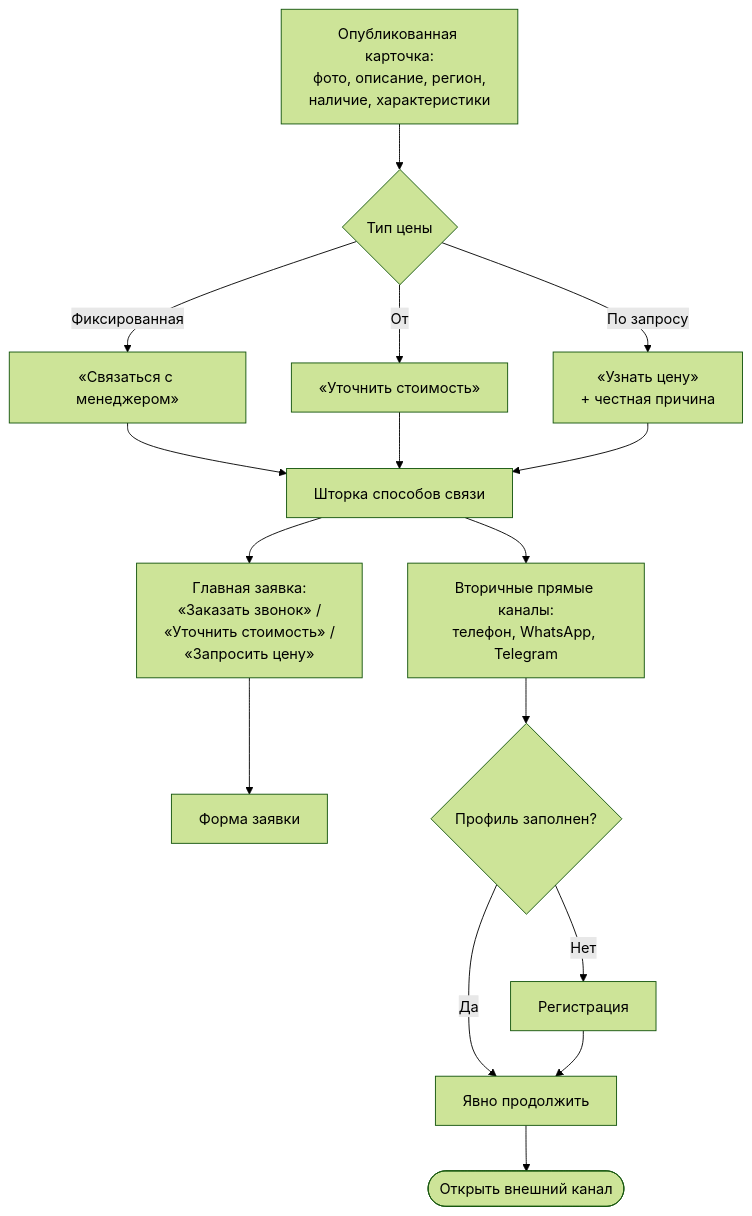
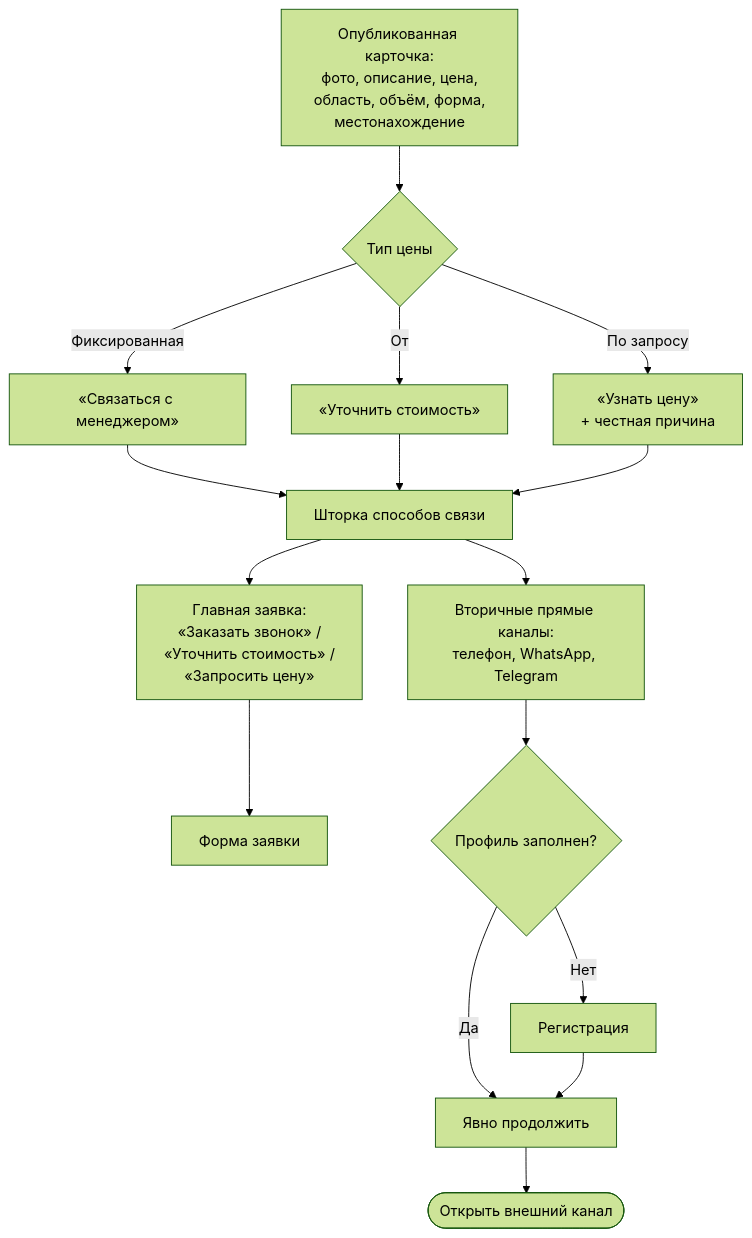
Before and after one commit to bullbashechka/AgroMarketKZ: the second of 4 diagrams in USER_FLOW.md, drawn with Mermaid (forest theme). The commit also changed other lines of this file and 46 other files, not shown here.

````diff
--- a/USER_FLOW.md
+++ b/USER_FLOW.md
@@ -37,18 +37,18 @@
 ```mermaid
 flowchart TD
-Card[Опубликованная карточка:<br/>фото, описание, регион,<br/>наличие, характеристики] --> Price{Тип цены}
+Card[Опубликованная карточка:<br/>фото, описание, цена,<br/>область, объём, форма,<br/>местонахождение] --> Price{Тип цены}
 Price -->|Фиксированная| Fixed[«Связаться с менеджером»]
 Price -->|От| From[«Уточнить стоимость»]
 Price -->|По запросу| Ask[«Узнать цену»<br/>+ честная причина]
 Fixed --> Sheet[Шторка способов связи]
 From --> Sheet
 Ask --> Sheet
 Sheet --> Primary[Главная заявка:<br/>«Заказать звонок» /<br/>«Уточнить стоимость» /<br/>«Запросить цену»]
 Sheet --> Direct[Вторичные прямые каналы:<br/>телефон, WhatsApp, Telegram]
 Primary --> Form[Форма заявки]
 Direct --> Gate{Профиль заполнен?}
 Gate -->|Нет| Register[Регистрация]
 Gate -->|Да| Confirm[Явно продолжить]
 Register --> Confirm
 Confirm --> External([Открыть внешний канал])
 ```
````
